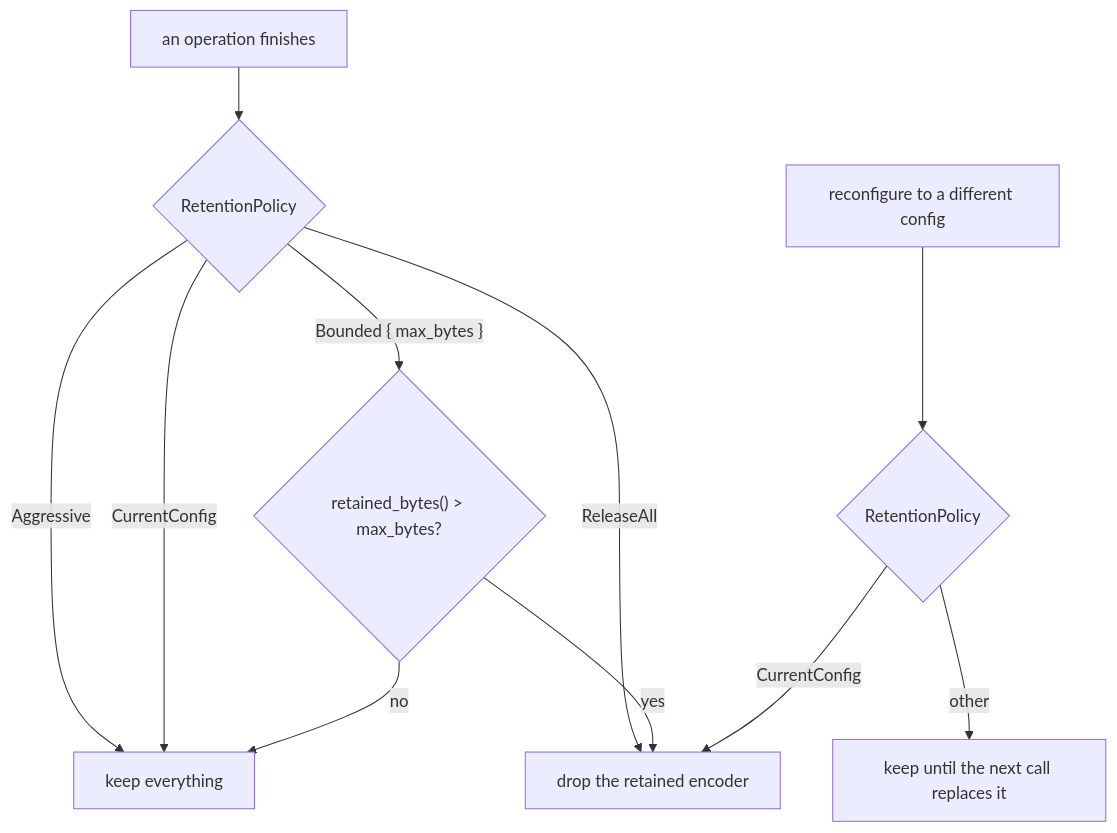
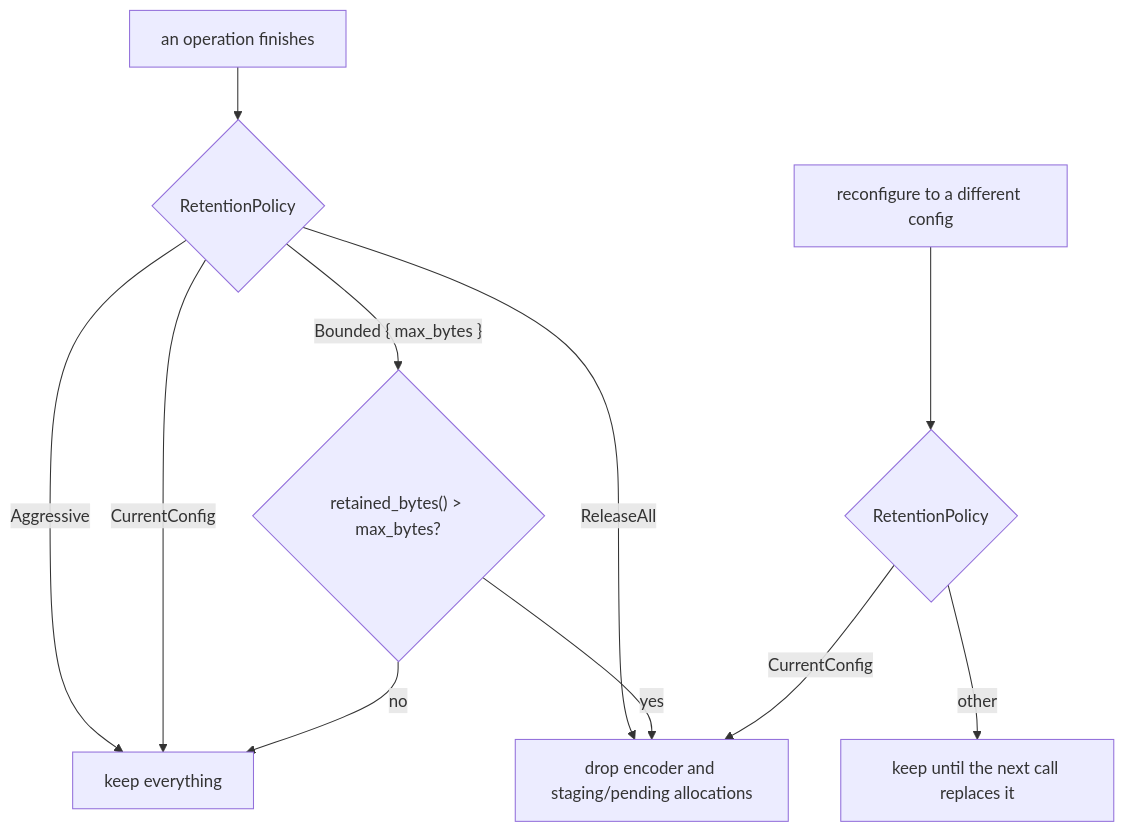
Before and after one commit to Mnwa/mbrotli: the fourth of 12 diagrams in architecture/compressor.md, drawn with Mermaid. The commit also changed other lines of this file and 64 other files, not shown here.

````diff
--- a/architecture/compressor.md
+++ b/architecture/compressor.md
@@ -269,13 +282,13 @@
 ```mermaid
 flowchart TD
     op["an operation finishes"] --> pol{"RetentionPolicy"}
     pol -->|Aggressive| keep["keep everything"]
     pol -->|CurrentConfig| keep
     pol -->|"Bounded { max_bytes }"| cmp{"retained_bytes() > max_bytes?"}
-    pol -->|ReleaseAll| drop["drop the retained encoder"]
+    pol -->|ReleaseAll| drop["drop encoder and staging/pending allocations"]
     cmp -->|yes| drop
     cmp -->|no| keep
     recfg["reconfigure to a different config"] --> pol2{"RetentionPolicy"}
     pol2 -->|CurrentConfig| drop
     pol2 -->|other| keep2["keep until the next call replaces it"]
 ```
````
